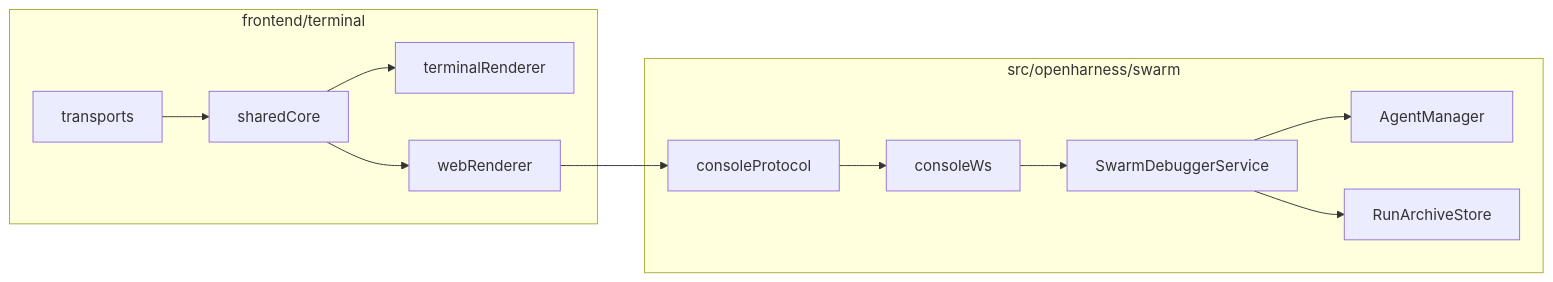
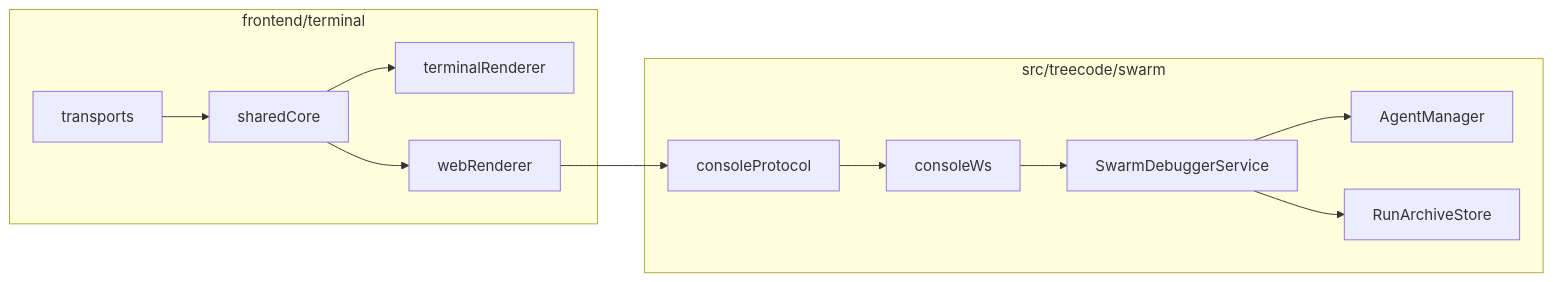
The diagram in docs/14-Multi-Agent-Web-Console.md (ict-agent/treecode), drawn with Mermaid before and after one commit. The commit also changed other lines of this file and 518 other files, not shown here.

````diff
--- a/docs/14-Multi-Agent-Web-Console.md
+++ b/docs/14-Multi-Agent-Web-Console.md
@@ -22,26 +22,26 @@
 ```mermaid
 flowchart LR
     subgraph frontend [frontend/terminal]
         sharedCore[sharedCore]
         terminalRenderer[terminalRenderer]
         webRenderer[webRenderer]
         transports[transports]
         sharedCore --> terminalRenderer
         sharedCore --> webRenderer
         transports --> sharedCore
     end
 
-    subgraph backend [src/openharness/swarm]
+    subgraph backend [src/treecode/swarm]
         consoleProtocol[consoleProtocol]
         consoleWs[consoleWs]
         debuggerService[SwarmDebuggerService]
         manager[AgentManager]
         archives[RunArchiveStore]
     end
 
     webRenderer --> consoleProtocol
     consoleProtocol --> consoleWs
     consoleWs --> debuggerService
     debuggerService --> manager
     debuggerService --> archives
 ```
````
